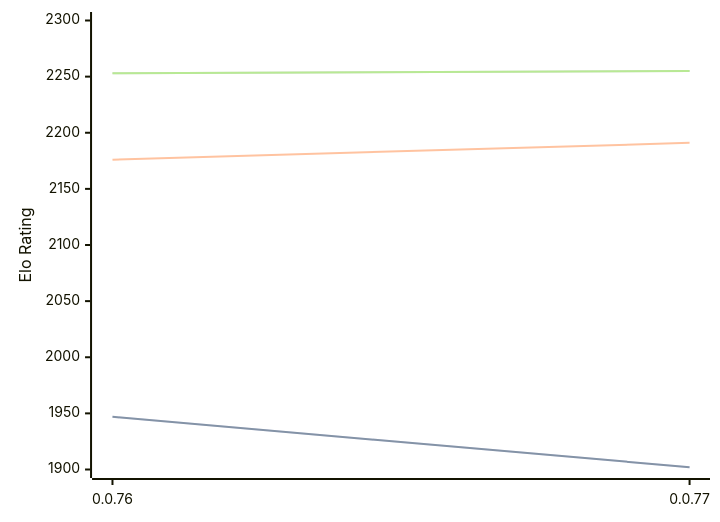
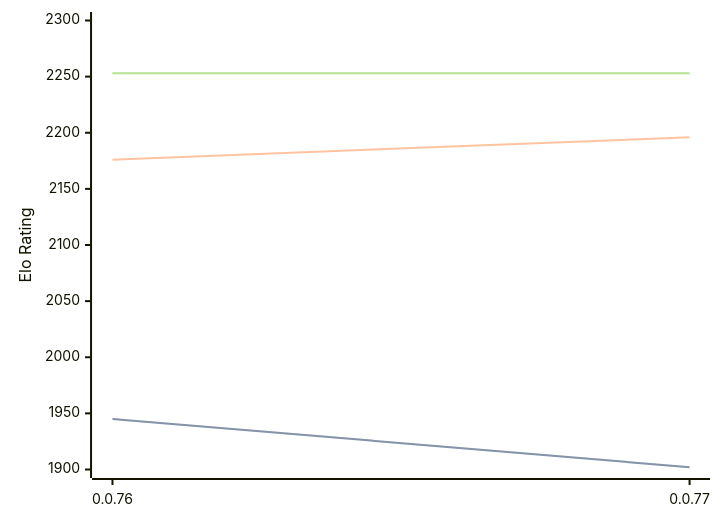
One commit to computer-chess-index/cci changed the diagram in engines/Fktb.md. Above: the diagram before and after it, drawn with Mermaid. The commit also changed other lines of this file, not shown here.

Commit message:
Update CCI Ratings (ELO VLTC) - 2026-03-17

````diff
--- a/engines/Fktb.md
+++ b/engines/Fktb.md
@@ -30,11 +30,11 @@
 ```mermaid
 %%{init: {"theme":"base","themeVariables":{"seriesColors:['#a3a3a3','#222221','#faa371']}}}%%
 xychart-beta
   x-axis ["0.0.76", "0.0.77"]
   y-axis "Elo Rating" 1900 --> 2300
-  line "STC (8.0+0.08s)" [1947, 1902]
-  line "STC (8.0+0.08s)" [1947, 1902]
-  line "LTC (60.0+0.60s)" [2176, 2191]
-  line "VLTC (2m24s+1.12s)" [2253, 2255]
-  line "VLTC (2m24s+1.12s)" [2253, 2255]
+  line "STC (8.0+0.08s)" [1945, 1902]
+  line "STC (8.0+0.08s)" [1945, 1902]
+  line "LTC (60.0+0.60s)" [2176, 2196]
+  line "VLTC (2m24s+1.12s)" [2253, 2253]
+  line "VLTC (2m24s+1.12s)" [2253, 2253]
 ```
````
